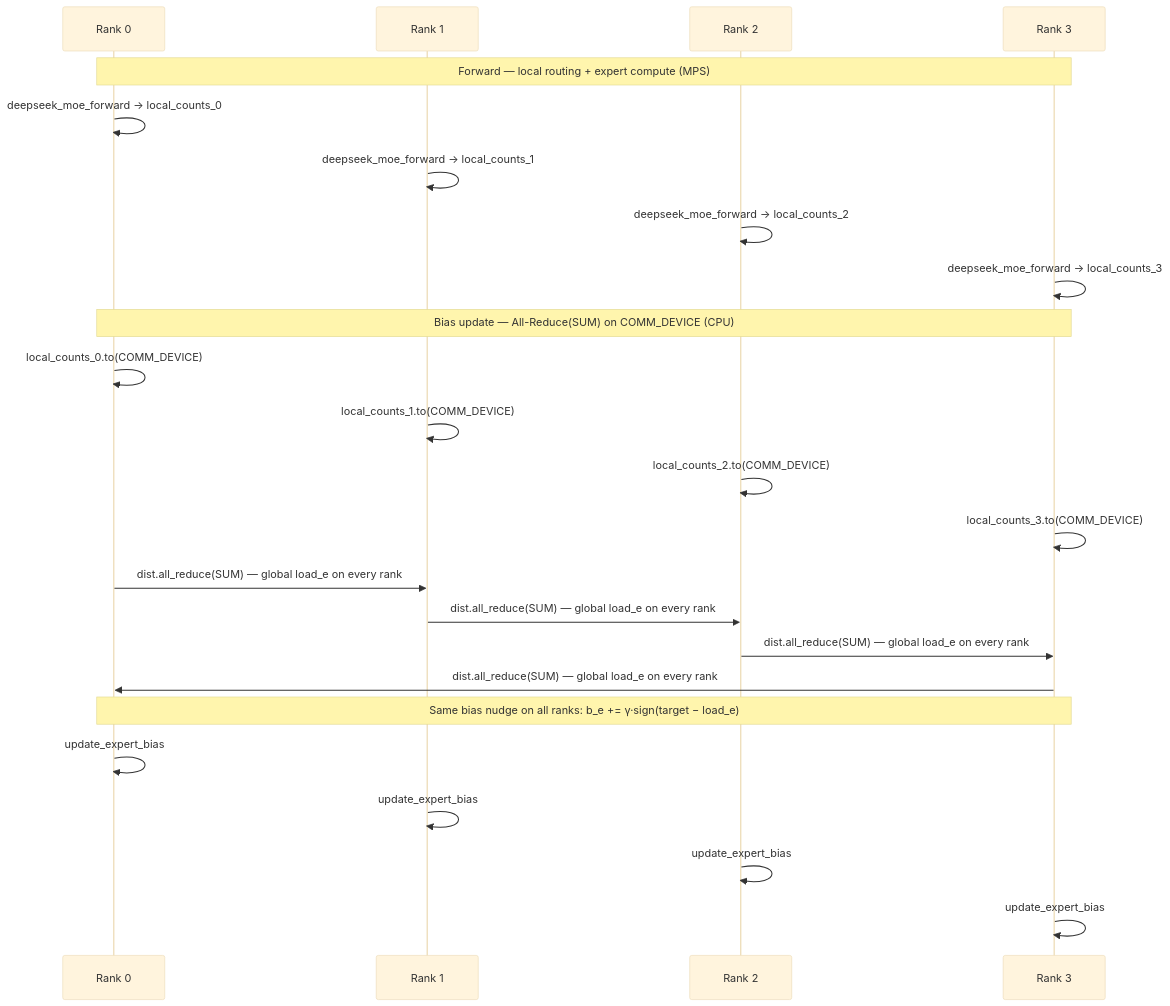
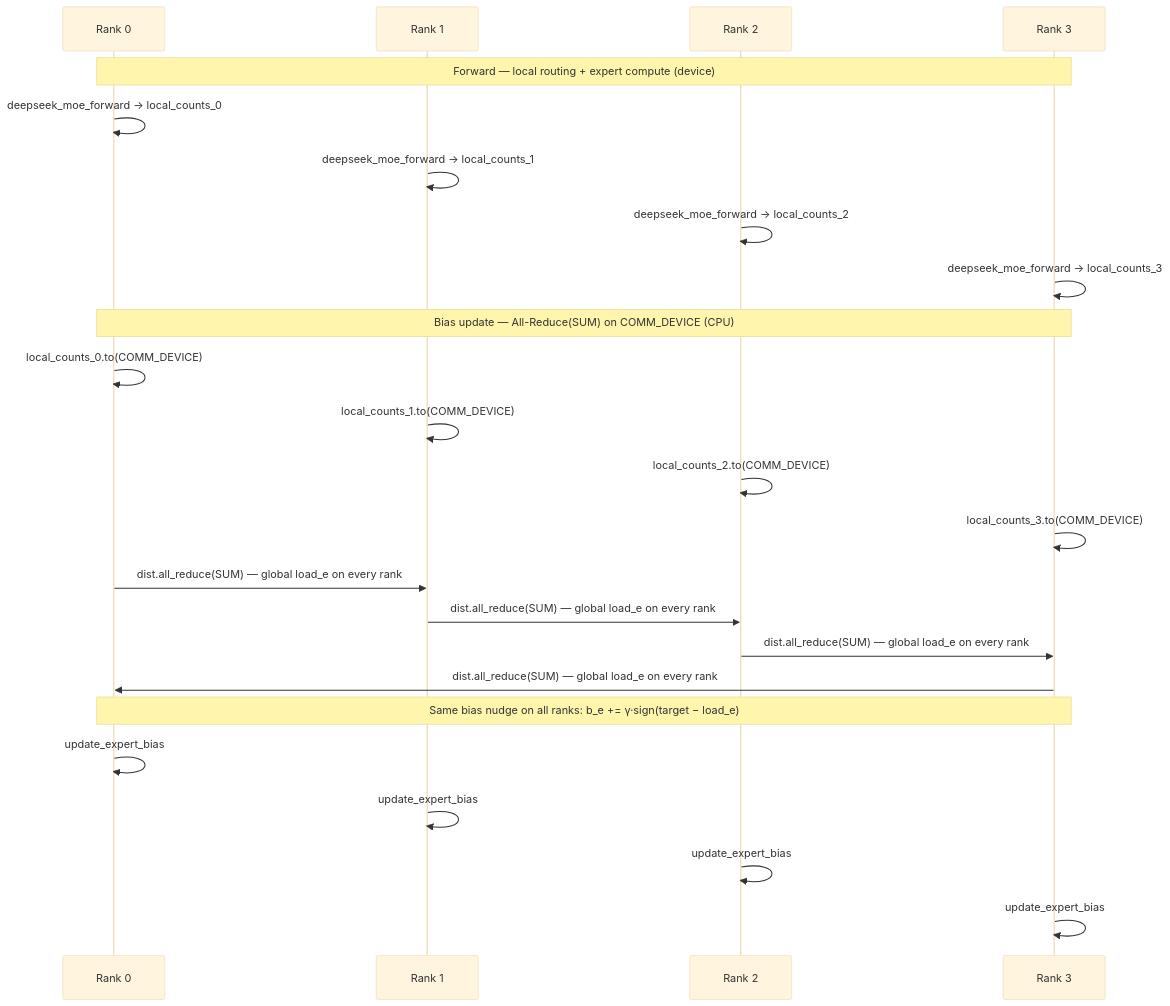
The diagram in 4_expert_parallel/3_deepseek_moe.md (duoan/micro-trainer), drawn with Mermaid (base theme) before and after one commit. The commit also changed other lines of this file and 17 other files, not shown here.

Commit message:
Refactor README and demo documentation to clarify device usage and communication patterns. Update references from MPS to device for consistency across modules, ensuring clear guidelines for tensor operations and backend configurations.

````diff
--- a/4_expert_parallel/3_deepseek_moe.md
+++ b/4_expert_parallel/3_deepseek_moe.md
@@ -48,29 +48,29 @@
 ```mermaid
 sequenceDiagram
     participant R0 as Rank 0
     participant R1 as Rank 1
     participant R2 as Rank 2
     participant R3 as Rank 3
 
-    Note over R0,R3: Forward — local routing + expert compute (MPS)
+    Note over R0,R3: Forward — local routing + expert compute (device)
     R0->>R0: deepseek_moe_forward → local_counts_0
     R1->>R1: deepseek_moe_forward → local_counts_1
     R2->>R2: deepseek_moe_forward → local_counts_2
     R3->>R3: deepseek_moe_forward → local_counts_3
 
     Note over R0,R3: Bias update — All-Reduce(SUM) on COMM_DEVICE (CPU)
     R0->>R0: local_counts_0.to(COMM_DEVICE)
     R1->>R1: local_counts_1.to(COMM_DEVICE)
     R2->>R2: local_counts_2.to(COMM_DEVICE)
     R3->>R3: local_counts_3.to(COMM_DEVICE)
     R0->>R1: dist.all_reduce(SUM) — global load_e on every rank
     R1->>R2: dist.all_reduce(SUM) — global load_e on every rank
     R2->>R3: dist.all_reduce(SUM) — global load_e on every rank
     R3->>R0: dist.all_reduce(SUM) — global load_e on every rank
 
     Note over R0,R3: Same bias nudge on all ranks: b_e += γ·sign(target − load_e)
     R0->>R0: update_expert_bias
     R1->>R1: update_expert_bias
     R2->>R2: update_expert_bias
     R3->>R3: update_expert_bias
 ```
````
